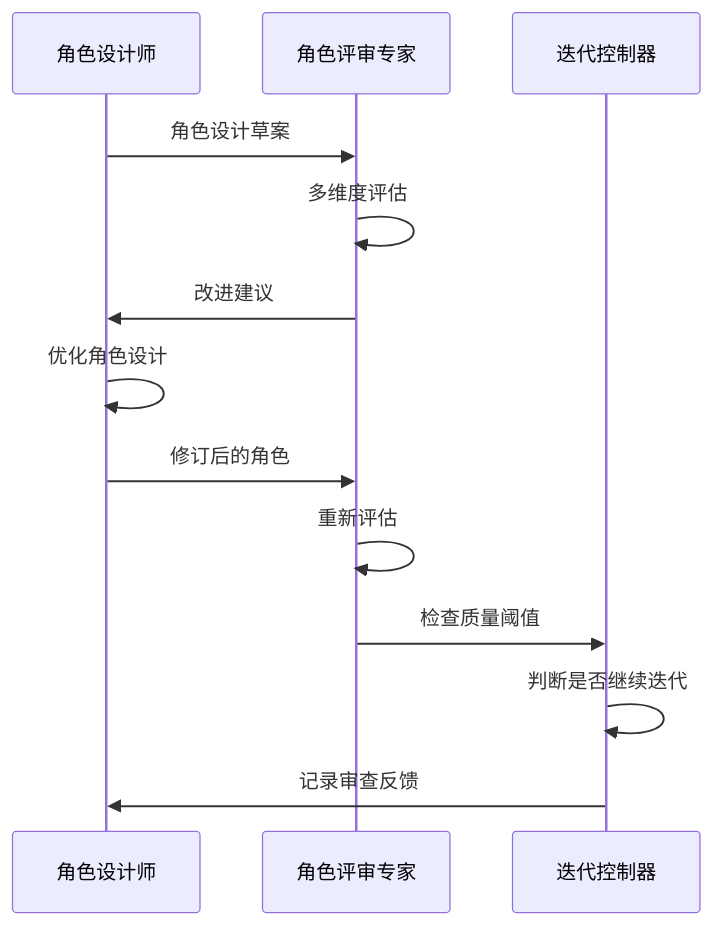
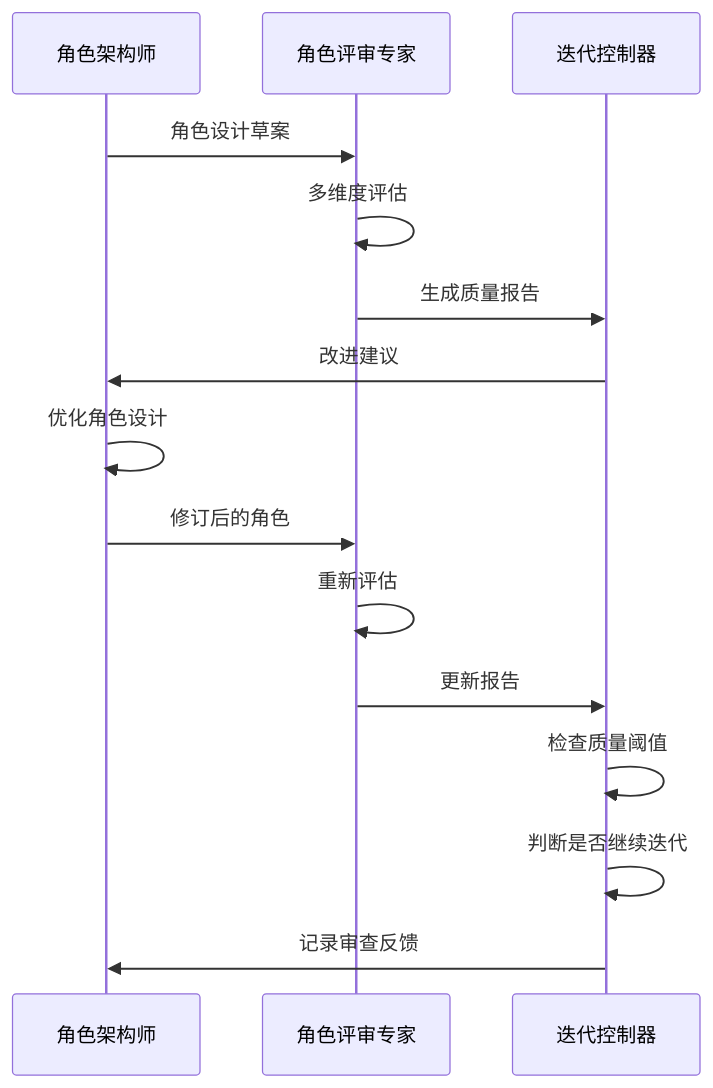
One commit to xfbyxq/ai-novel-system changed the tenth of 17 diagrams in .qoder/repowiki/zh/content/AI智能体系统/质量保证系统.md. Above: the diagram before and after it, drawn with Mermaid. The commit also changed other lines of this file and 10 other files, not shown here.

````diff
--- a/.qoder/repowiki/zh/content/AI智能体系统/质量保证系统.md
+++ b/.qoder/repowiki/zh/content/AI智能体系统/质量保证系统.md
@@ -465,15 +540,17 @@
 ```mermaid
 sequenceDiagram
-participant Designer as 角色设计师
+participant Builder as 角色架构师
 participant Reviewer as 角色评审专家
 participant Controller as 迭代控制器
-Designer->>Reviewer : 角色设计草案
+Builder->>Reviewer : 角色设计草案
 Reviewer->>Reviewer : 多维度评估
-Reviewer->>Designer : 改进建议
-Designer->>Designer : 优化角色设计
-Designer->>Reviewer : 修订后的角色
+Reviewer->>Controller : 生成质量报告
+Controller->>Builder : 改进建议
+Builder->>Builder : 优化角色设计
+Builder->>Reviewer : 修订后的角色
 Reviewer->>Reviewer : 重新评估
-Reviewer->>Controller : 检查质量阈值
+Reviewer->>Controller : 更新报告
+Controller->>Controller : 检查质量阈值
 Controller->>Controller : 判断是否继续迭代
-Controller->>Designer : 记录审查反馈
+Controller->>Builder : 记录审查反馈
 ```
````
